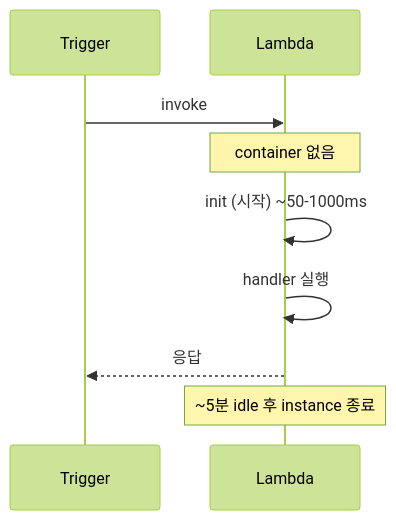
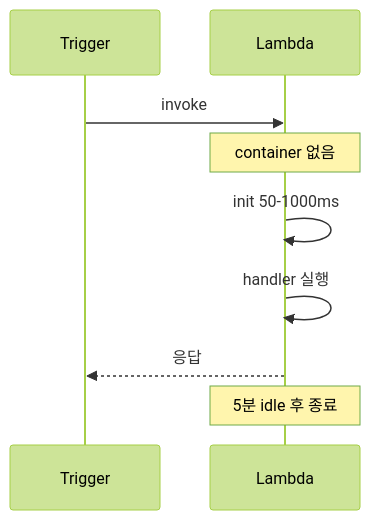
Before and after one commit to shinkeonkim/shinkeonkim.github.io: the third of 3 diagrams in src/content/wiki/cloud/aws-lambda.mdx, drawn with Mermaid (forest theme). The commit also changed other lines of this file and 526 other files, not shown here.

First line of the commit message:
content(wiki): 전수조사 및 대규모 보강 (짧은 파일 0, mermaid +645)

````diff
--- a/src/content/wiki/cloud/aws-lambda.mdx
+++ b/src/content/wiki/cloud/aws-lambda.mdx
@@ -89,9 +100,11 @@
 ```mermaid
 sequenceDiagram
+    participant Trigger
+    participant Lambda
     Trigger->>Lambda: invoke
     Note over Lambda: container 없음
-    Lambda->>Lambda: init (시작) ~50-1000ms
+    Lambda->>Lambda: init 50-1000ms
     Lambda->>Lambda: handler 실행
     Lambda-->>Trigger: 응답
-    Note over Lambda: ~5분 idle 후 instance 종료
+    Note over Lambda: 5분 idle 후 종료
 ```
````
